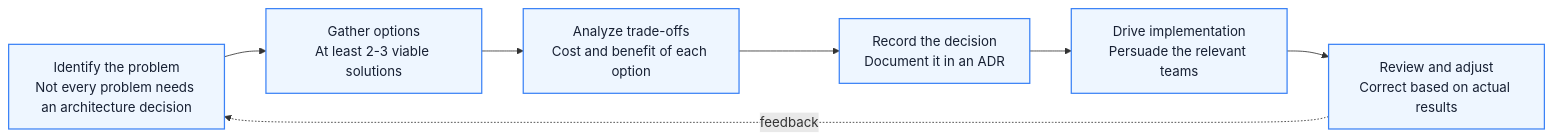
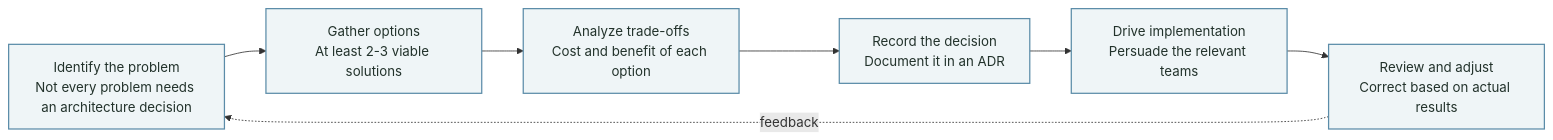
One commit to Fatejian/frontier-vault changed the second of 2 diagrams in docs/en/career/technical-influence.md. Above: the diagram before and after it, drawn with Mermaid. The commit also changed other lines of this file and 63 other files, not shown here.

````diff
--- a/docs/en/career/technical-influence.md
+++ b/docs/en/career/technical-influence.md
@@ -333,16 +333,16 @@
 ```mermaid
 flowchart LR
     P1["Identify the problem<br/>Not every problem needs an architecture decision"]
     P2["Gather options<br/>At least 2-3 viable solutions"]
     P3["Analyze trade-offs<br/>Cost and benefit of each option"]
     P4["Record the decision<br/>Document it in an ADR"]
     P5["Drive implementation<br/>Persuade the relevant teams"]
     P6["Review and adjust<br/>Correct based on actual results"]
 
     P1 --> P2 --> P3 --> P4 --> P5 --> P6
     P6 -. feedback .-> P1
 
-    classDef wait fill:#EEF6FF,stroke:#3B82F6,color:#172033,stroke-width:1.5px;
+    classDef wait fill:#EFF5F7,stroke:#5B8CA8,color:#22322B,stroke-width:1.5px;
 
     class P1,P2,P3,P4,P5,P6 wait;
 ```
````
